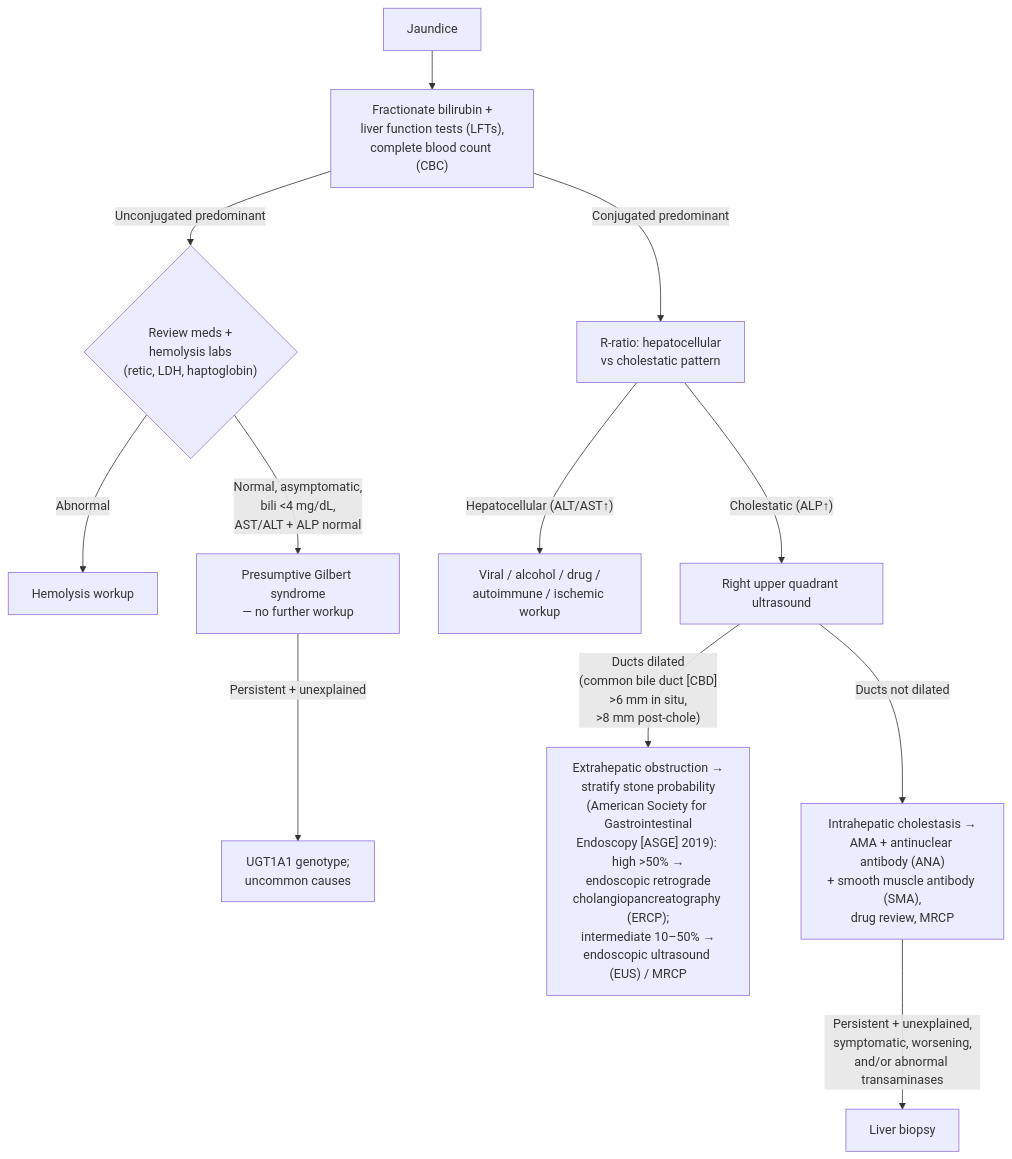
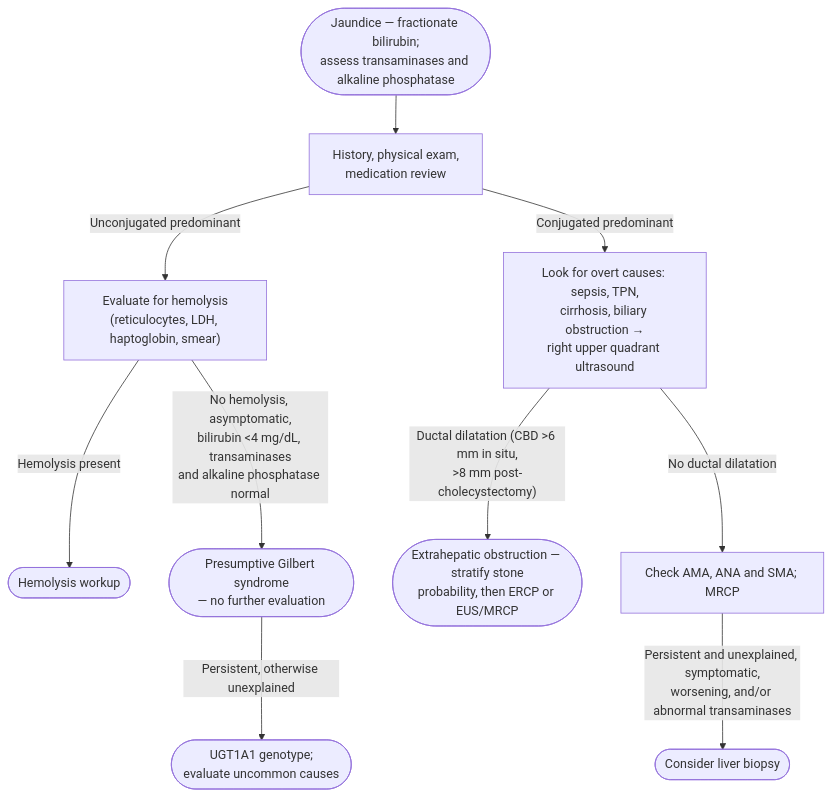
One commit to KHNickLeMD/KHNL-GI-Wiki changed the diagram in KHNL-GI-Wiki/wiki/2-diagnostic-schemas/jaundice.md. Above: the diagram before and after it, drawn with Mermaid. The commit also changed other lines of this file and 9 other files, not shown here.

````diff
--- a/KHNL-GI-Wiki/wiki/2-diagnostic-schemas/jaundice.md
+++ b/KHNL-GI-Wiki/wiki/2-diagnostic-schemas/jaundice.md
@@ -88,14 +106,15 @@
 ```mermaid
 flowchart TD
-    A["Jaundice"] --> B["Fractionate bilirubin +<br/>liver function tests (LFTs),<br/>complete blood count (CBC)"]
-    B -->|"Unconjugated predominant"| C{"Review meds +<br/>hemolysis labs<br/>(retic, LDH, haptoglobin)"}
-    C -->|"Abnormal"| D["Hemolysis workup"]
-    C -->|"Normal, asymptomatic,<br/>bili <4 mg/dL,<br/>AST/ALT + ALP normal"| E["Presumptive Gilbert syndrome<br/>— no further workup"]
-    E -->|"Persistent + unexplained"| E2["UGT1A1 genotype;<br/>uncommon causes"]
-    B -->|"Conjugated predominant"| F["R-ratio: hepatocellular<br/>vs cholestatic pattern"]
-    F -->|"Hepatocellular (ALT/AST↑)"| G["Viral / alcohol / drug /<br/>autoimmune / ischemic workup"]
-    F -->|"Cholestatic (ALP↑)"| H["Right upper quadrant ultrasound"]
-    H -->|"Ducts dilated<br/>(common bile duct [CBD]<br/>>6 mm in situ,<br/>>8 mm post-chole)"| I["Extrahepatic obstruction →<br/>stratify stone probability<br/>(American Society for Gastrointestinal<br/>Endoscopy [ASGE] 2019): high >50% →<br/>endoscopic retrograde<br/>cholangiopancreatography (ERCP);<br/>intermediate 10–50% →<br/>endoscopic ultrasound (EUS) / MRCP"]
-    H -->|"Ducts not dilated"| J["Intrahepatic cholestasis →<br/>AMA + antinuclear antibody (ANA)<br/>+ smooth muscle antibody (SMA),<br/>drug review, MRCP"]
-    J -->|"Persistent + unexplained,<br/>symptomatic, worsening,<br/>and/or abnormal transaminases"| K["Liver biopsy"]
+    A(["Jaundice — fractionate bilirubin;<br/>assess transaminases and alkaline phosphatase"]) --> B["History, physical exam,<br/>medication review"]
+    B -- "Unconjugated predominant" --> C["Evaluate for hemolysis<br/>(reticulocytes, LDH, haptoglobin, smear)"]
+    C -- "Hemolysis present" --> D(["Hemolysis workup"])
+    C -- "No hemolysis, asymptomatic,<br/>bilirubin <4 mg/dL, transaminases<br/>and alkaline phosphatase normal" --> E(["Presumptive Gilbert syndrome<br/>— no further evaluation"])
+    E -- "Persistent, otherwise unexplained" --> F(["UGT1A1 genotype;<br/>evaluate uncommon causes"])
+    B -- "Conjugated predominant" --> G["Look for overt causes: sepsis, TPN,<br/>cirrhosis, biliary obstruction →<br/>right upper quadrant ultrasound"]
+    G -- "Ductal dilatation (CBD >6 mm in situ,<br/>>8 mm post-cholecystectomy)" --> H(["Extrahepatic obstruction — stratify stone<br/>probability, then ERCP or EUS/MRCP"])
+    G -- "No ductal dilatation" --> I["Check AMA, ANA and SMA; MRCP"]
+    I -- "Persistent and unexplained, symptomatic,<br/>worsening, and/or abnormal transaminases" --> J(["Consider liver biopsy"])
+    class A start
+    class B,C,G,I test
+    class D,E,F,H,J act
 ```
````
